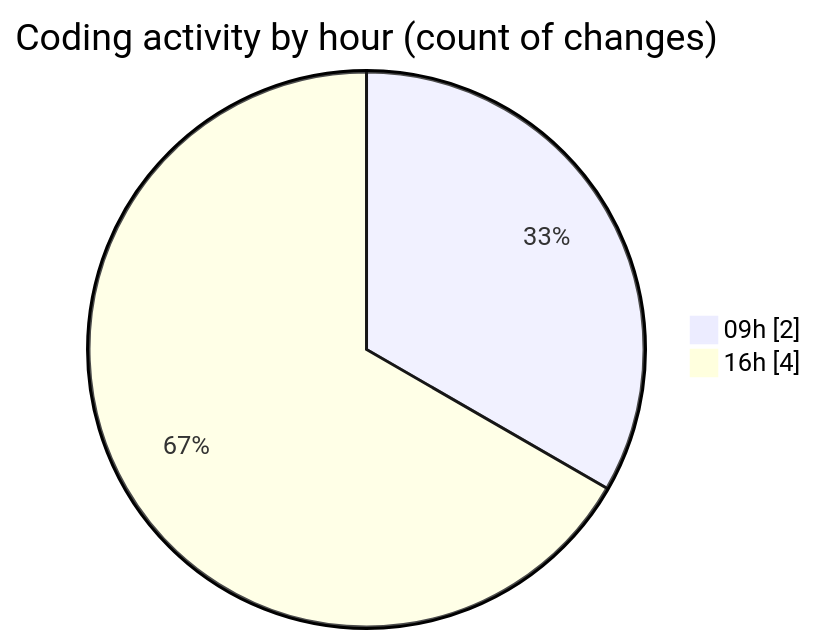
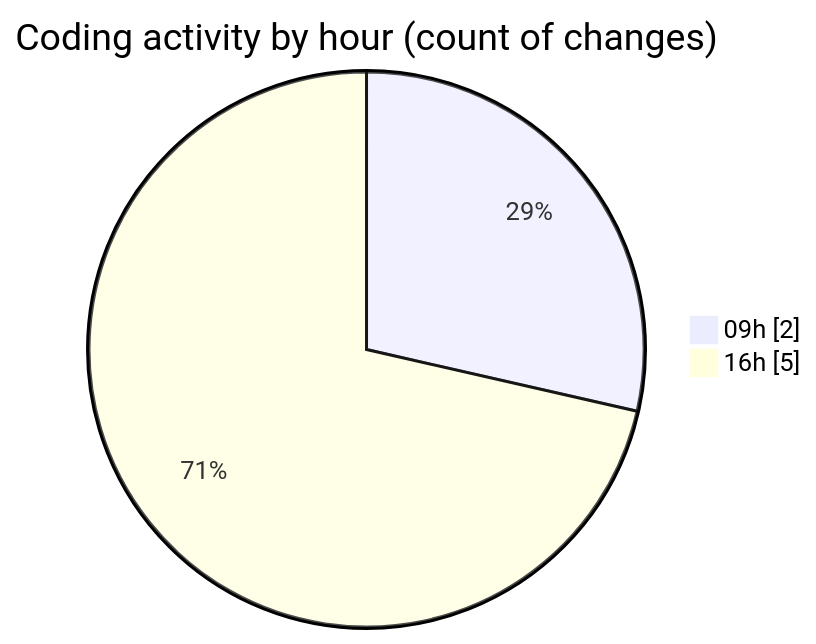
The second of 2 diagrams in 2026-10-20/cilwebcustomercomunication/README.md (ricardozamudiocil/code-tracking), drawn with Mermaid before and after one commit. The commit also changed other lines of this file and 1 other file, not shown here.

````diff
--- a/2026-10-20/cilwebcustomercomunication/README.md
+++ b/2026-10-20/cilwebcustomercomunication/README.md
@@ -30,6 +30,6 @@
 ```mermaid
 pie showData
 title Coding activity by hour (count of changes)
 "09h" : 2
-"16h" : 4
+"16h" : 5
 ```
````
